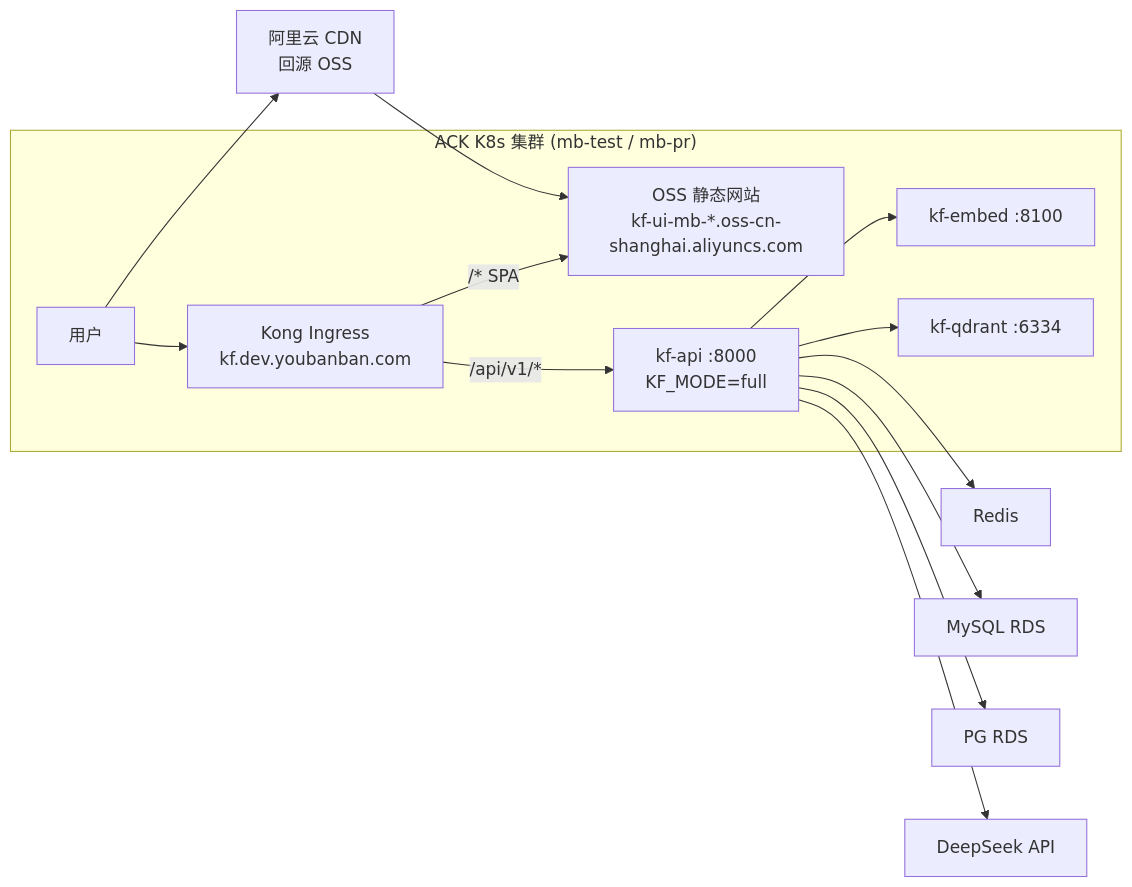
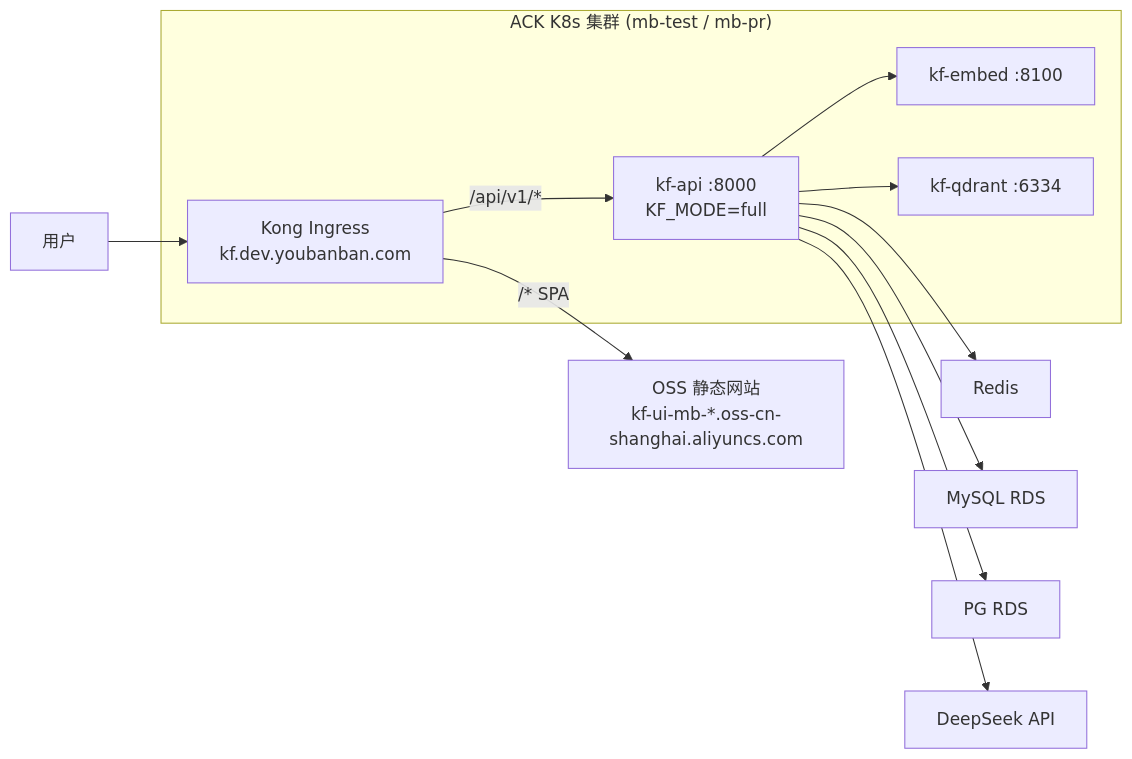
Before and after one commit to zhaoshenhao/fig: the second of 2 diagrams in docs/architecture_CN.md, drawn with Mermaid. The commit also changed other lines of this file and 3 other files, not shown here.

Commit message:
docs: fix ACK architecture diagram — OSS behind Kong Ingress, remove incorrect CDN paths

````diff
--- a/docs/architecture_CN.md
+++ b/docs/architecture_CN.md
@@ -23,16 +23,15 @@
 ```mermaid
 flowchart LR
     subgraph ACK["ACK K8s 集群 (mb-test / mb-pr)"]
-        User["用户"] --> Kong["Kong Ingress<br/>kf.dev.youbanban.com"]
-        Kong -->|/* SPA| OSS["OSS 静态网站<br/>kf-ui-mb-*.oss-cn-shanghai.aliyuncs.com"]
+        Kong["Kong Ingress<br/>kf.dev.youbanban.com"]
         Kong -->|/api/v1/*| API["kf-api :8000<br/>KF_MODE=full"]
         API --> Embed["kf-embed :8100"]
         API --> Qdrant["kf-qdrant :6334"]
     end
-    User --> CDN["阿里云 CDN<br/>回源 OSS"]
-    CDN --> OSS
+    User["用户"] --> Kong
+    Kong -->|/* SPA| OSS["OSS 静态网站<br/>kf-ui-mb-*.oss-cn-shanghai.aliyuncs.com"]
     API --> Redis_S["Redis"]
     API --> MySQL_S["MySQL RDS"]
     API --> PG_S["PG RDS"]
     API --> DS["DeepSeek API"]
 ```
````
